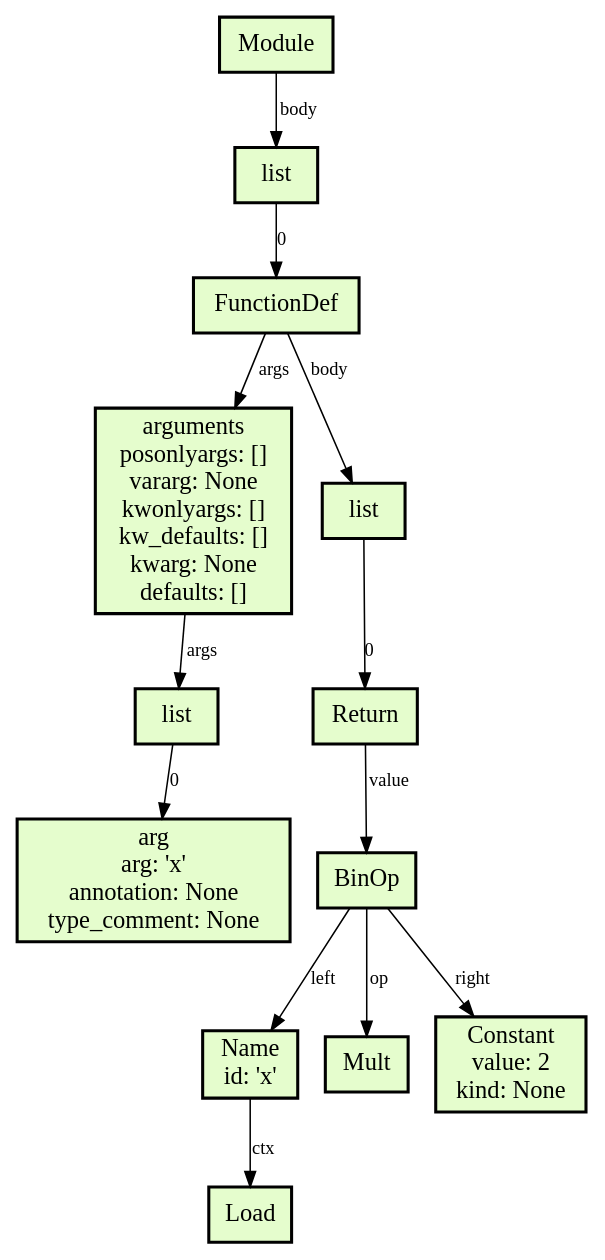
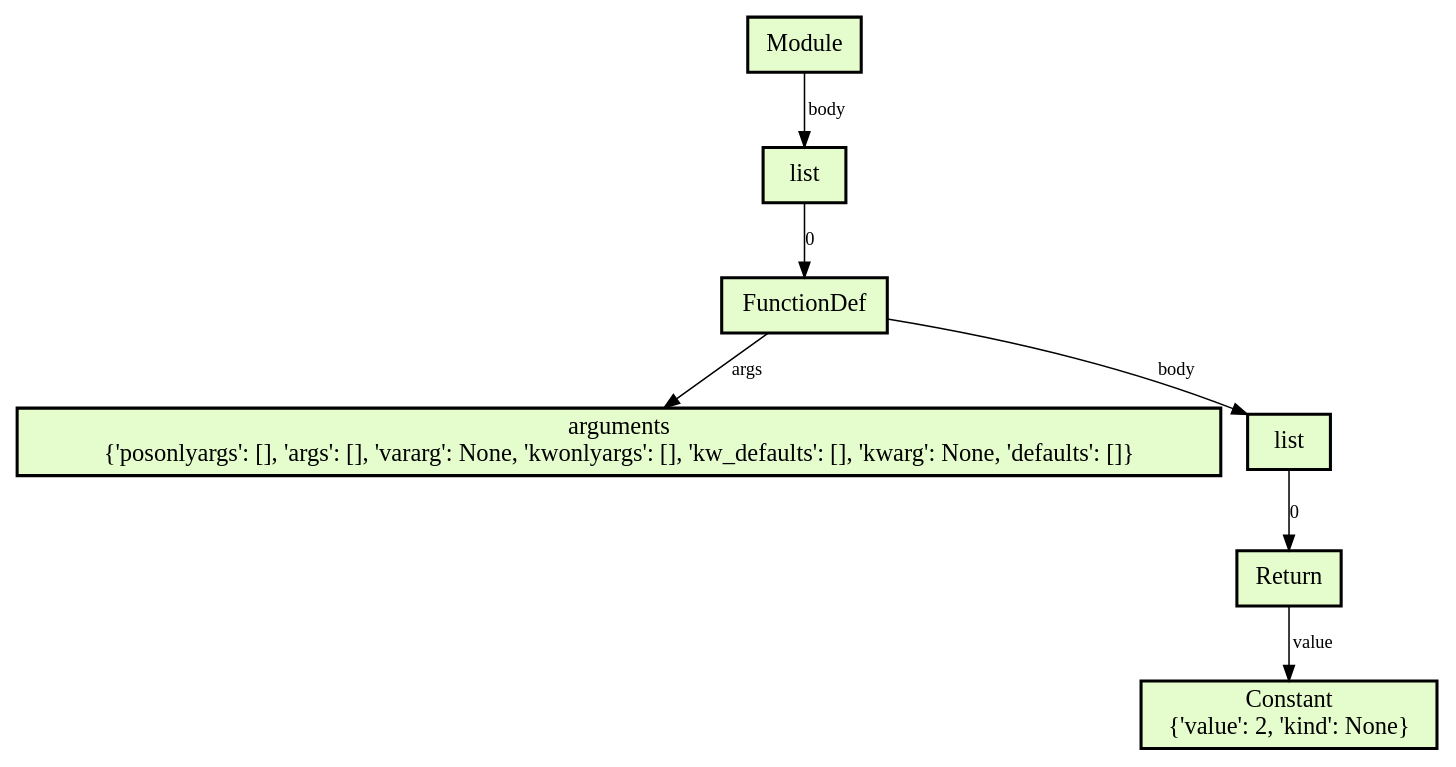
Before and after one commit to UnTea/Compiler-ish: the diagram in output/output.dot, drawn with Graphviz. The commit also changed 15 other files, not shown here.

```diff
--- a/output/output.dot
+++ b/output/output.dot
@@ -1,30 +1,18 @@
 digraph G {
 	node [fontname = "Fira Code" fontsize = 16
 	style = filled fillcolor = "#E5FDCD" penwidth = 2]
 	edge [fontname = "Fira Code" fontsize = 12]
 	0 [label="Module" shape=box]
 	1 [label="list" shape=box]
 	2 [label="FunctionDef" shape=box]
-	3 [label="arguments\nposonlyargs: []\nvararg: None\nkwonlyargs: []\nkw_defaults: []\nkwarg: None\ndefaults: []" shape=box]
+	3 [label="arguments\n{'posonlyargs': [], 'args': [], 'vararg': None, 'kwonlyargs': [], 'kw_defaults': [], 'kwarg': None, 'defaults': []}" shape=box]
 	4 [label="list" shape=box]
-	5 [label="arg\narg: 'x'\nannotation: None\ntype_comment: None" shape=box]
-	6 [label="list" shape=box]
-	7 [label="Return" shape=box]
-	8 [label="BinOp" shape=box]
-	9 [label="Name\nid: 'x'" shape=box]
-	10 [label="Load\n" shape=box]
-	11 [label="Mult" shape=box]
-	12 [label="Constant\nvalue: 2\nkind: None" shape=box]
+	5 [label="Return" shape=box]
+	6 [label="Constant\n{'value': 2, 'kind': None}" shape=box]
 	0 -> 1 [label="body"]
 	1 -> 2 [label="0"]
 	2 -> 3 [label="args"]
-	2 -> 6 [label="body"]
-	3 -> 4 [label="args"]
+	2 -> 4 [label="body"]
 	4 -> 5 [label="0"]
-	6 -> 7 [label="0"]
-	7 -> 8 [label="value"]
-	8 -> 9 [label="left"]
-	8 -> 11 [label="op"]
-	8 -> 12 [label="right"]
-	9 -> 10 [label="ctx"]
+	5 -> 6 [label="value"]
 }
```
